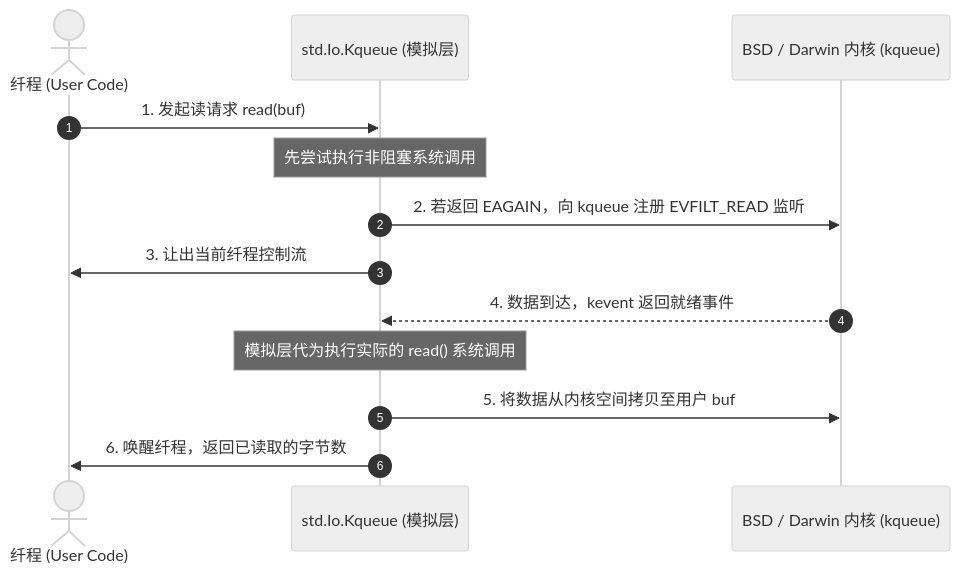
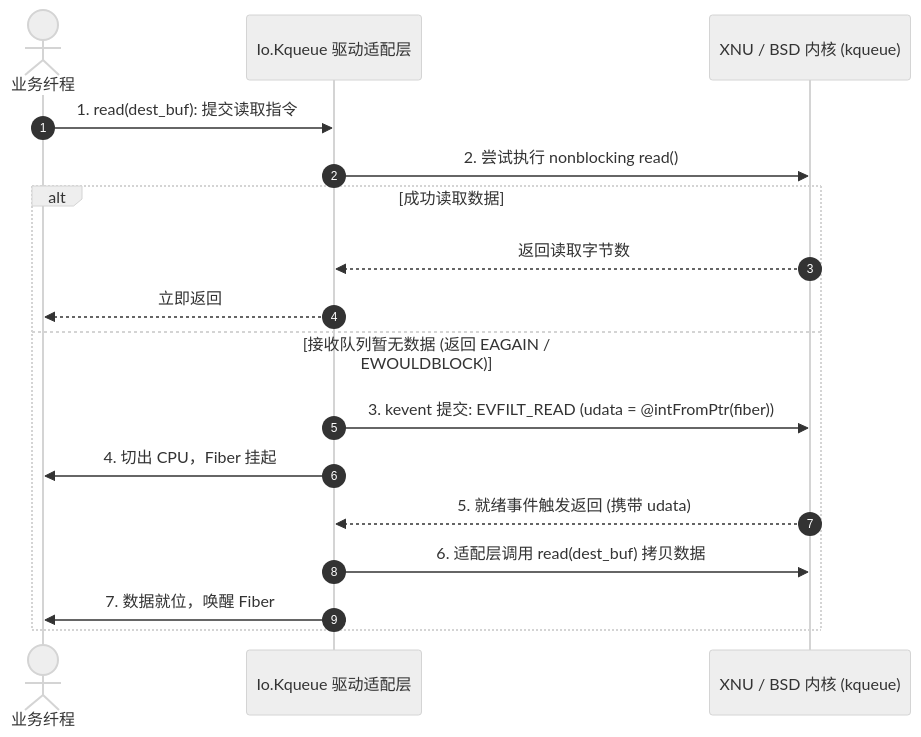
The second of 3 diagrams in zig-io/src/internals/dispatch-and-kqueue.md (jiacai2050/x), drawn with Mermaid (neutral theme) before and after one commit. The commit also changed other lines of this file and 28 other files, not shown here.

````diff
--- a/zig-io/src/internals/dispatch-and-kqueue.md
+++ b/zig-io/src/internals/dispatch-and-kqueue.md
@@ -13,16 +60,22 @@
 ```mermaid
 sequenceDiagram
     autonumber
-    actor Fiber as 纤程 (User Code)
-    participant Sim as std.Io.Kqueue (模拟层)
-    participant Kernel as BSD / Darwin 内核 (kqueue)
+    actor Fiber as 业务纤程
+    participant Adapter as Io.Kqueue 驱动适配层
+    participant Kernel as XNU / BSD 内核 (kqueue)
 
-    Fiber->>Sim: 1. 发起读请求 read(buf)
-    Note over Sim: 先尝试执行非阻塞系统调用
-    Sim->>Kernel: 2. 若返回 EAGAIN，向 kqueue 注册 EVFILT_READ 监听
-    Sim->>Fiber: 3. 让出当前纤程控制流
-    Kernel-->>Sim: 4. 数据到达，kevent 返回就绪事件
-    Note over Sim: 模拟层代为执行实际的 read() 系统调用
-    Sim->>Kernel: 5. 将数据从内核空间拷贝至用户 buf
-    Sim->>Fiber: 6. 唤醒纤程，返回已读取的字节数
+    Fiber->>Adapter: 1. read(dest_buf): 提交读取指令
+    Adapter->>Kernel: 2. 尝试执行 nonblocking read()
+    
+    alt 成功读取数据
+        Kernel-->>Adapter: 返回读取字节数
+        Adapter-->>Fiber: 立即返回
+    else 接收队列暂无数据 (返回 EAGAIN / EWOULDBLOCK)
+        Adapter->>Kernel: 3. kevent 提交: EVFILT_READ (udata = @intFromPtr(fiber))
+        Adapter->>Fiber: 4. 切出 CPU，Fiber 挂起
+        
+        Kernel-->>Adapter: 5. 就绪事件触发返回 (携带 udata)
+        Adapter->>Kernel: 6. 适配层调用 read(dest_buf) 拷贝数据
+        Adapter->>Fiber: 7. 数据就位，唤醒 Fiber
+    end
 ```
````
